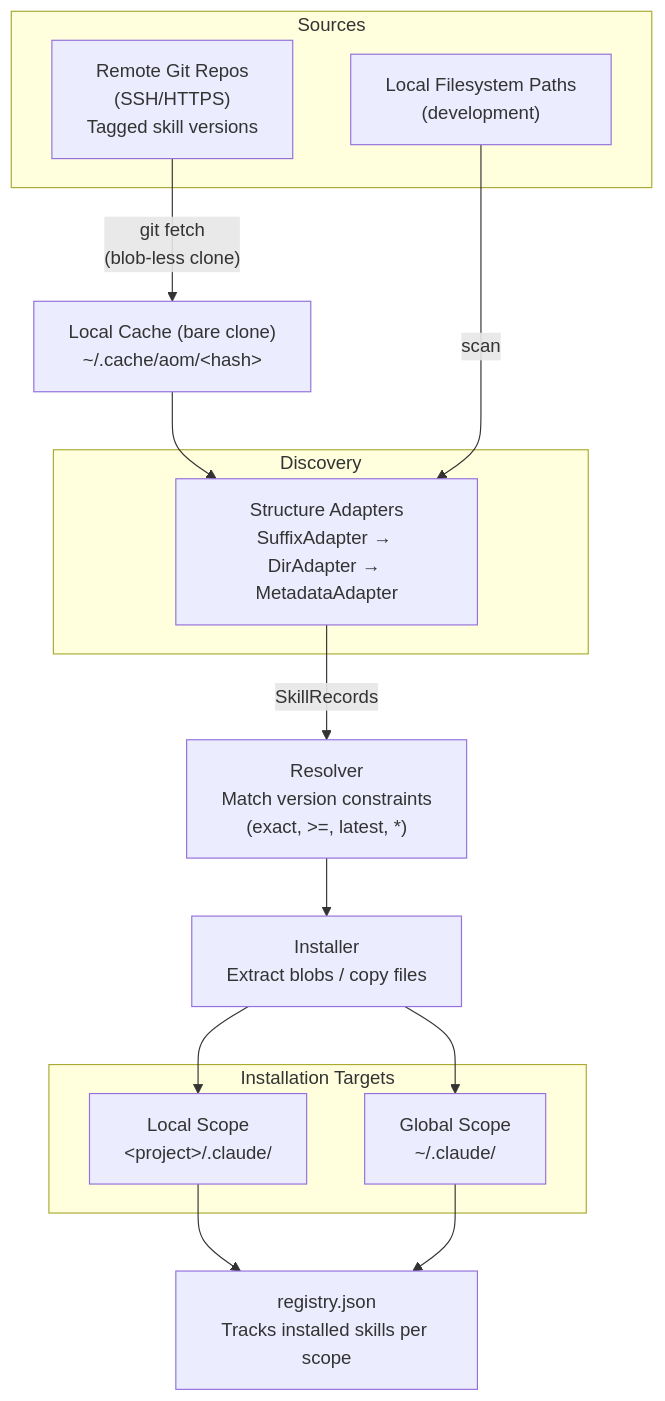
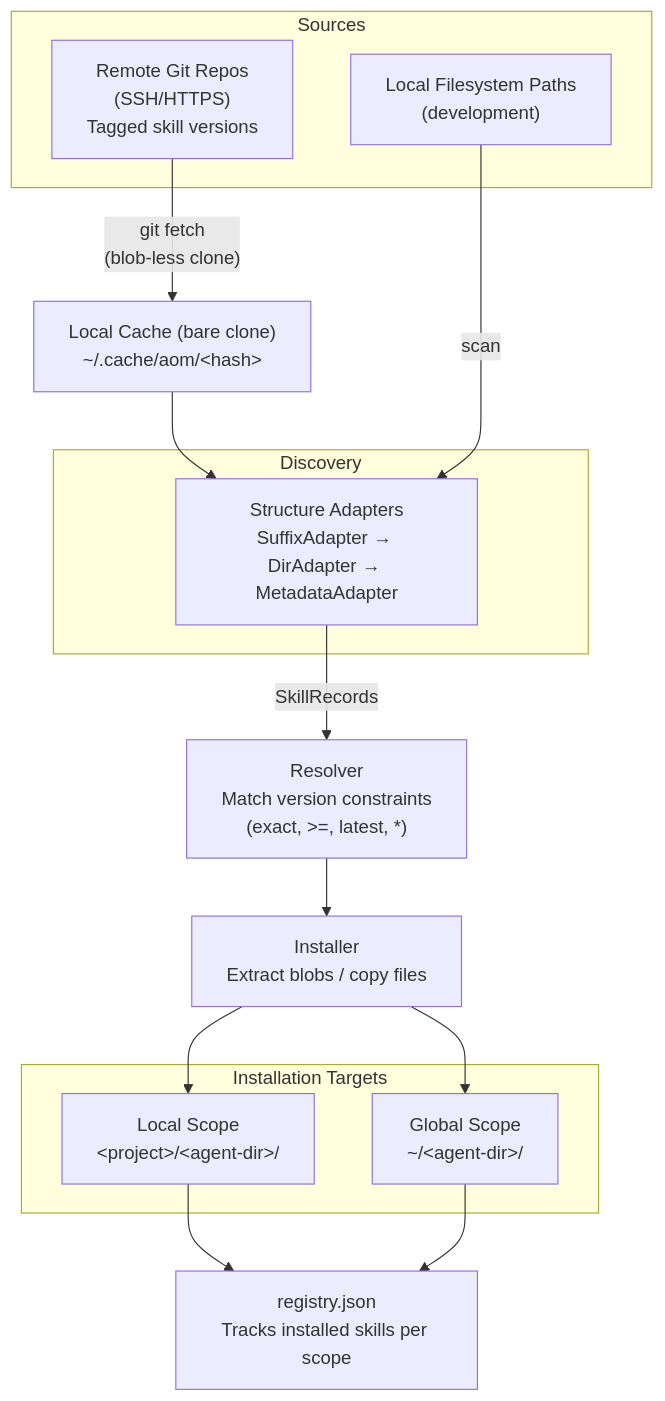
Before and after one commit to gszczutkowski/ai-operation-manager: the diagram in README.md, drawn with Mermaid. The commit also changed other lines of this file and 7 other files, not shown here.

````diff
--- a/README.md
+++ b/README.md
@@ -550,35 +606,35 @@
 ```mermaid
 flowchart TD
     subgraph Sources
         remote["Remote Git Repos\n(SSH/HTTPS)\nTagged skill versions"]
         local_fs["Local Filesystem Paths\n(development)"]
     end
 
     cache["Local Cache (bare clone)\n~/.cache/aom/&lt;hash&gt;"]
     remote -- "git fetch\n(blob-less clone)" --> cache
 
     subgraph Discovery
         adapters["Structure Adapters\nSuffixAdapter → DirAdapter → MetadataAdapter"]
     end
 
     cache --> adapters
     local_fs -- scan --> adapters
 
     resolver["Resolver\nMatch version constraints\n(exact, >=, latest, *)"]
     adapters -- "SkillRecords" --> resolver
 
     installer["Installer\nExtract blobs / copy files"]
     resolver --> installer
 
     subgraph "Installation Targets"
-        local_scope["Local Scope\n&lt;project&gt;/.claude/"]
-        global_scope["Global Scope\n~/.claude/"]
+        local_scope["Local Scope\n&lt;project&gt;/&lt;agent-dir&gt;/"]
+        global_scope["Global Scope\n~/&lt;agent-dir&gt;/"]
     end
 
     installer --> local_scope
     installer --> global_scope
 
     registry["registry.json\nTracks installed skills per scope"]
     local_scope --> registry
     global_scope --> registry
 ```
````
